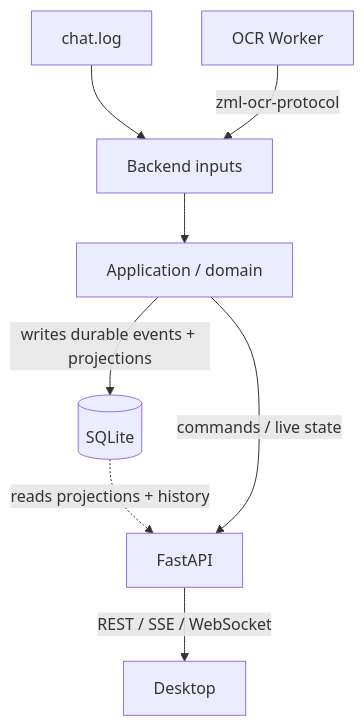
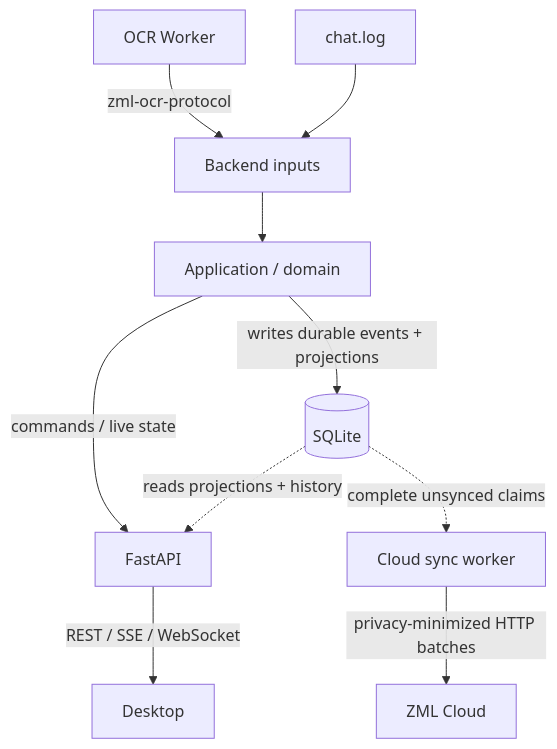
The first of 2 diagrams in apps/backend/README.md (PatrykCieszynski/ZML), drawn with Mermaid before and after one commit. The commit also changed other lines of this file and 24 other files, not shown here.

First line of the commit message:
feat: sync mining claims to ZML Cloud (#57)

````diff
--- a/apps/backend/README.md
+++ b/apps/backend/README.md
@@ -9,12 +9,14 @@
 ```mermaid
 flowchart TB
     Chat[chat.log] --> Inputs[Backend inputs]
     Worker[OCR Worker] -->|zml-ocr-protocol| Inputs
     Inputs --> App[Application / domain]
 
     App -->|writes durable events + projections| DB[(SQLite)]
     DB -.->|reads projections + history| API[FastAPI]
     App -->|commands / live state| API
+    DB -.->|complete unsynced claims| CloudSync[Cloud sync worker]
+    CloudSync -->|privacy-minimized HTTP batches| Cloud[ZML Cloud]
 
     API -->|REST / SSE / WebSocket| Desktop[Desktop]
 ```
````
